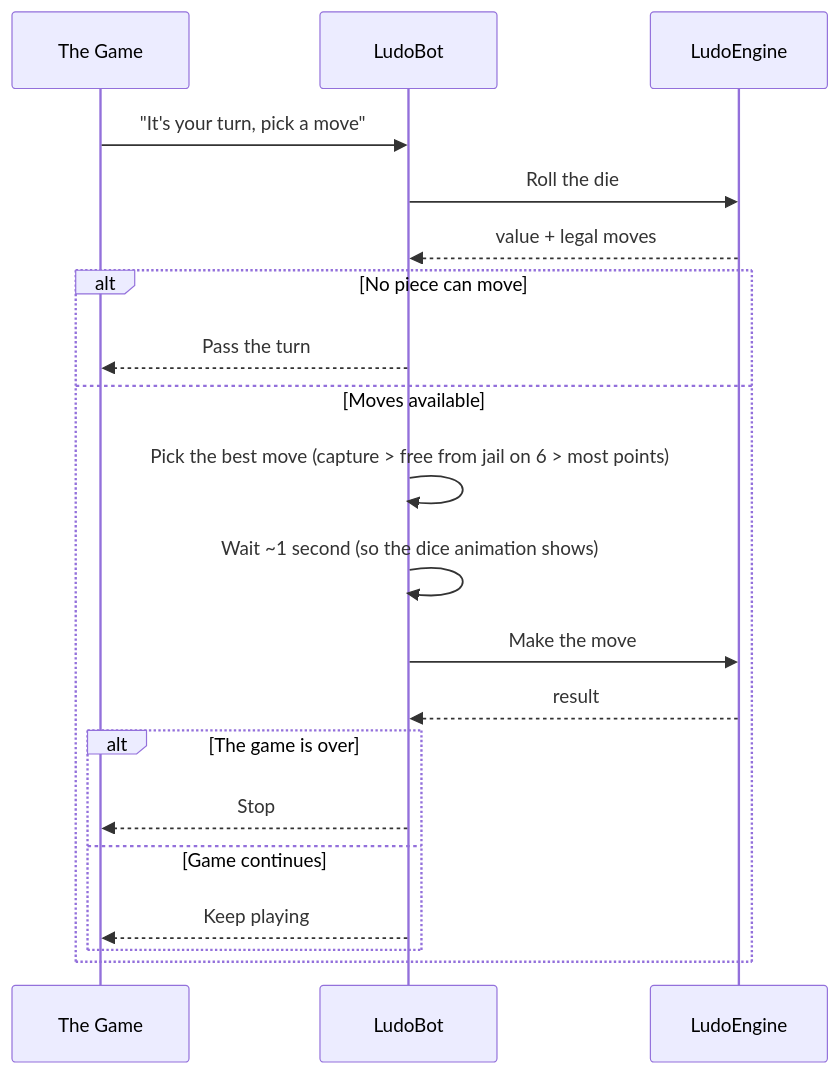
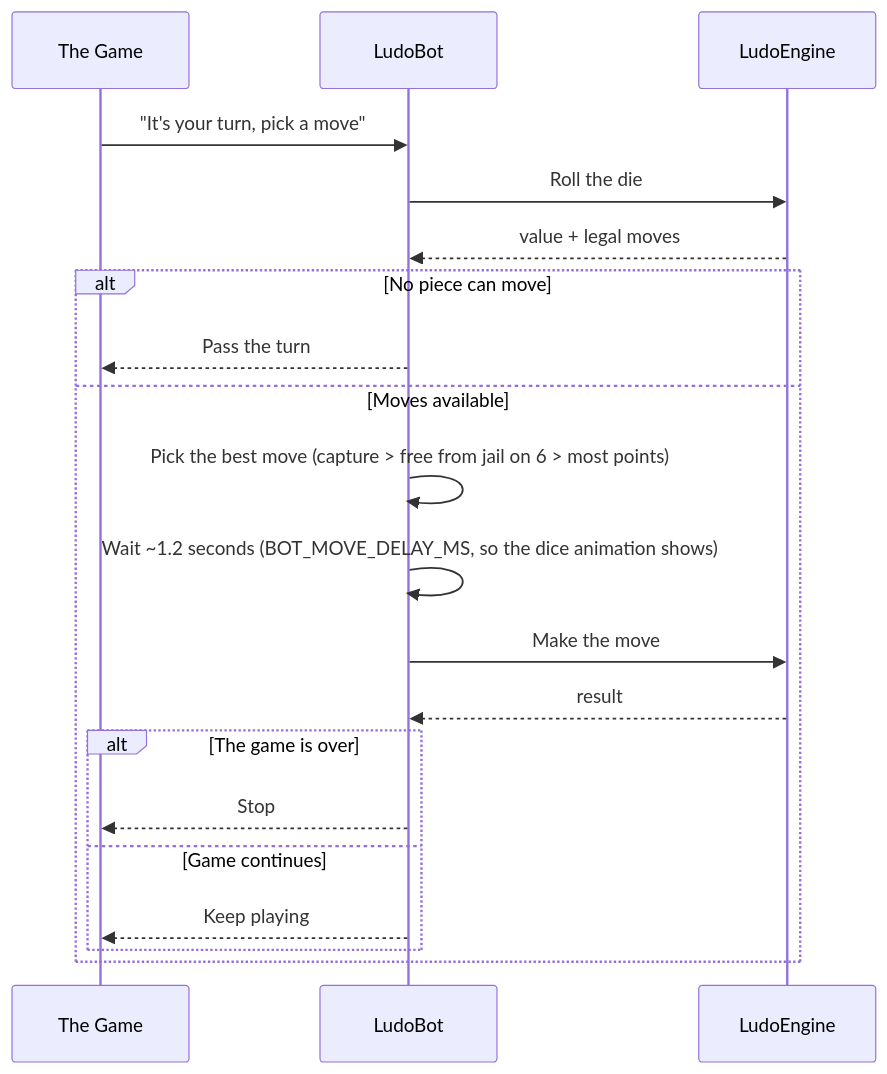
Before and after one commit to JaxzTan/ft_transcendence: the first of 3 diagrams in docs/ludo-engine/ludo-engine-bot-module.md, drawn with Mermaid. The commit also changed other lines of this file and 19 other files, not shown here.

````diff
--- a/docs/ludo-engine/ludo-engine-bot-module.md
+++ b/docs/ludo-engine/ludo-engine-bot-module.md
@@ -62,23 +62,23 @@
 ```mermaid
 sequenceDiagram
     participant Game as The Game
     participant Bot as LudoBot
     participant Engine as LudoEngine
 
     Game->>Bot: "It's your turn, pick a move"
     Bot->>Engine: Roll the die
     Engine-->>Bot: value + legal moves
     alt No piece can move
         Bot-->>Game: Pass the turn
     else Moves available
         Bot->>Bot: Pick the best move (capture > free from jail on 6 > most points)
-        Bot->>Bot: Wait ~1 second (so the dice animation shows)
+        Bot->>Bot: Wait ~1.2 seconds (BOT_MOVE_DELAY_MS, so the dice animation shows)
         Bot->>Engine: Make the move
         Engine-->>Bot: result
         alt The game is over
             Bot-->>Game: Stop
         else Game continues
             Bot-->>Game: Keep playing
         end
     end
 ```
````
